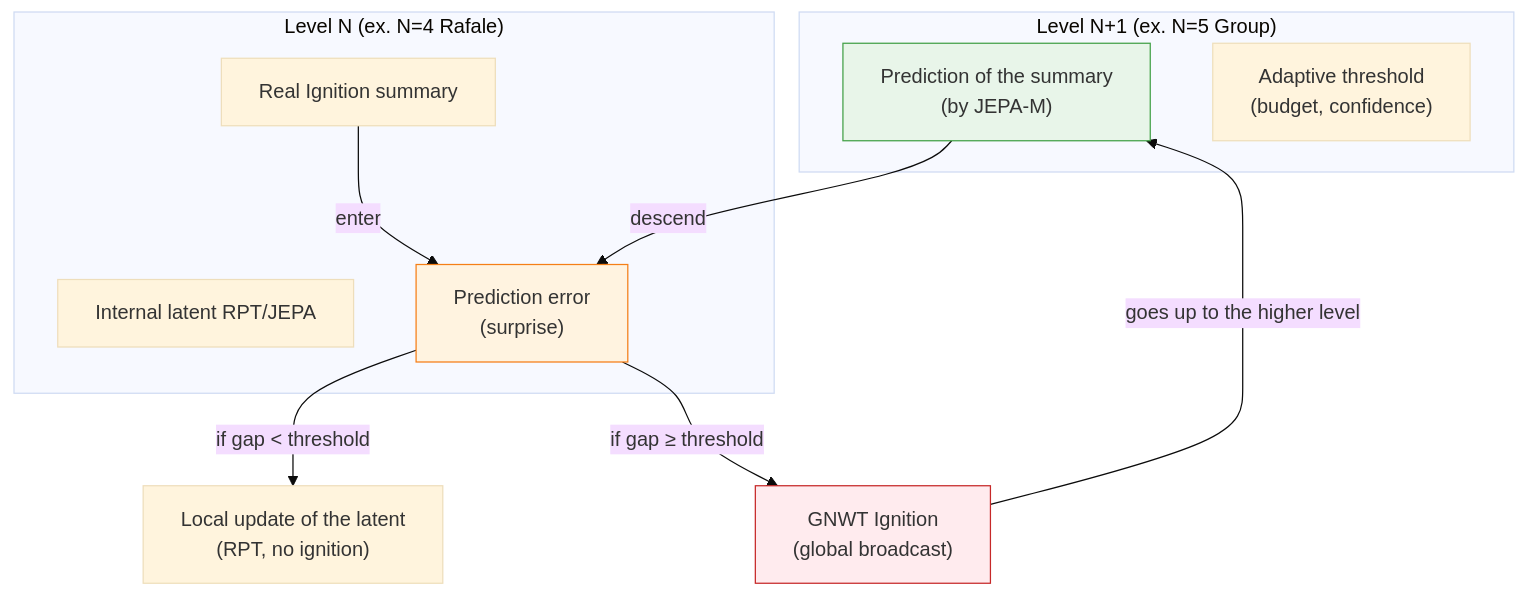
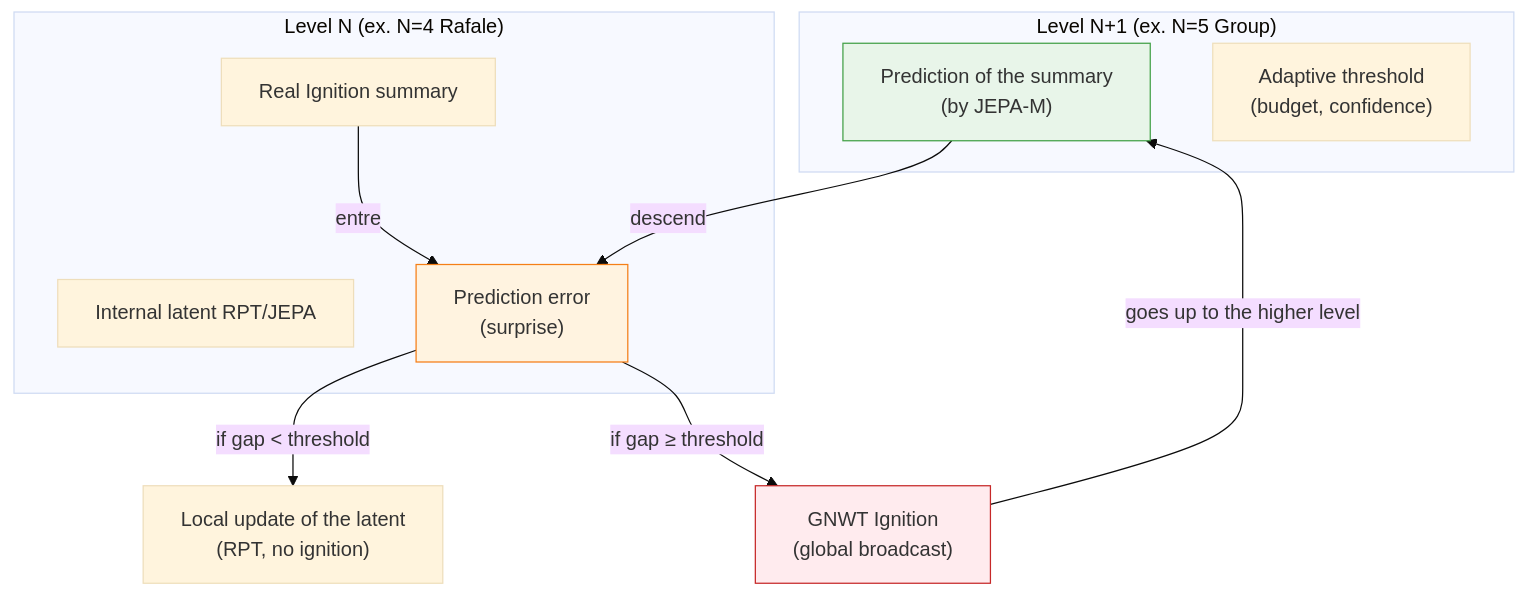
One commit to AlainCo/GNWT-Garrigue-X-en changed the third of 7 diagrams in concepts/concepts.md. Above: the diagram before and after it, drawn with Mermaid (base theme). The commit also changed other lines of this file and 23 other files, not shown here.

````diff
--- a/concepts/concepts.md
+++ b/concepts/concepts.md
@@ -124,24 +124,24 @@
 ```mermaid
 flowchart TD
     subgraph NiveauSup ["Level N+1 (ex. N=5 Group)"]
         Pred["Prediction of the summary<br>(by JEPA-M)"]
         Seuil["Adaptive threshold<br>(budget, confidence)"]
     end
 
     subgraph NiveauInf ["Level N (ex. N=4 Rafale)"]
         Latent["Internal latent RPT/JEPA"]
         Ignition["Real Ignition summary"]
         Erreur["Prediction error<br>(surprise)"]
     end
 
     Pred -->|"descend"| Erreur
-    Ignition -->|"enter"| Erreur
+    Ignition -->|"entre"| Erreur
     Erreur -->|"if gap < threshold"| MiseAJour["Local update of the latent<br>(RPT, no ignition)"]
     Erreur -->|"if gap ≥ threshold"| GNWT["GNWT Ignition<br>(global broadcast)"]
 
     GNWT -->|"goes up to the higher level"| Pred
 
     style Pred fill:#e8f5e9,stroke:#43a047
     style Erreur fill:#fff3e0,stroke:#f57f17
     style GNWT fill:#ffebee,stroke:#c62828
 ```
````
